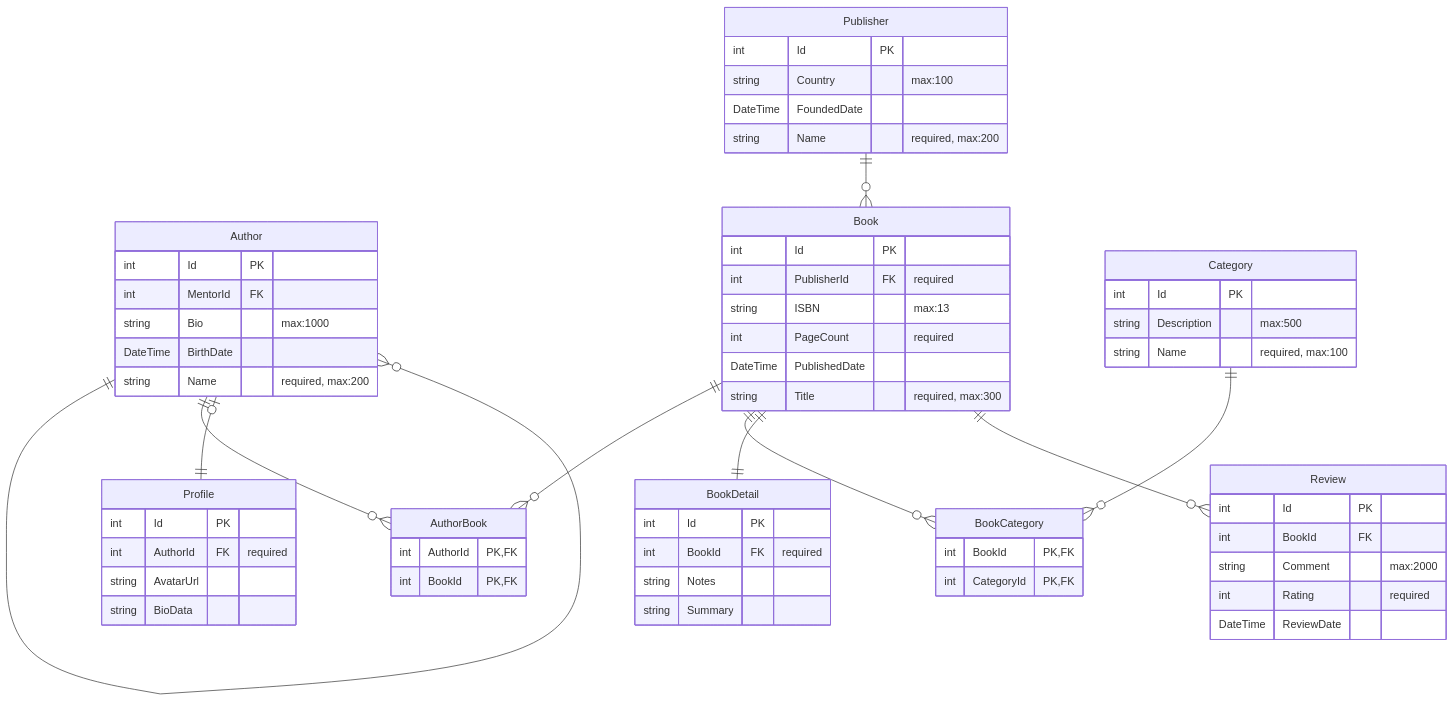
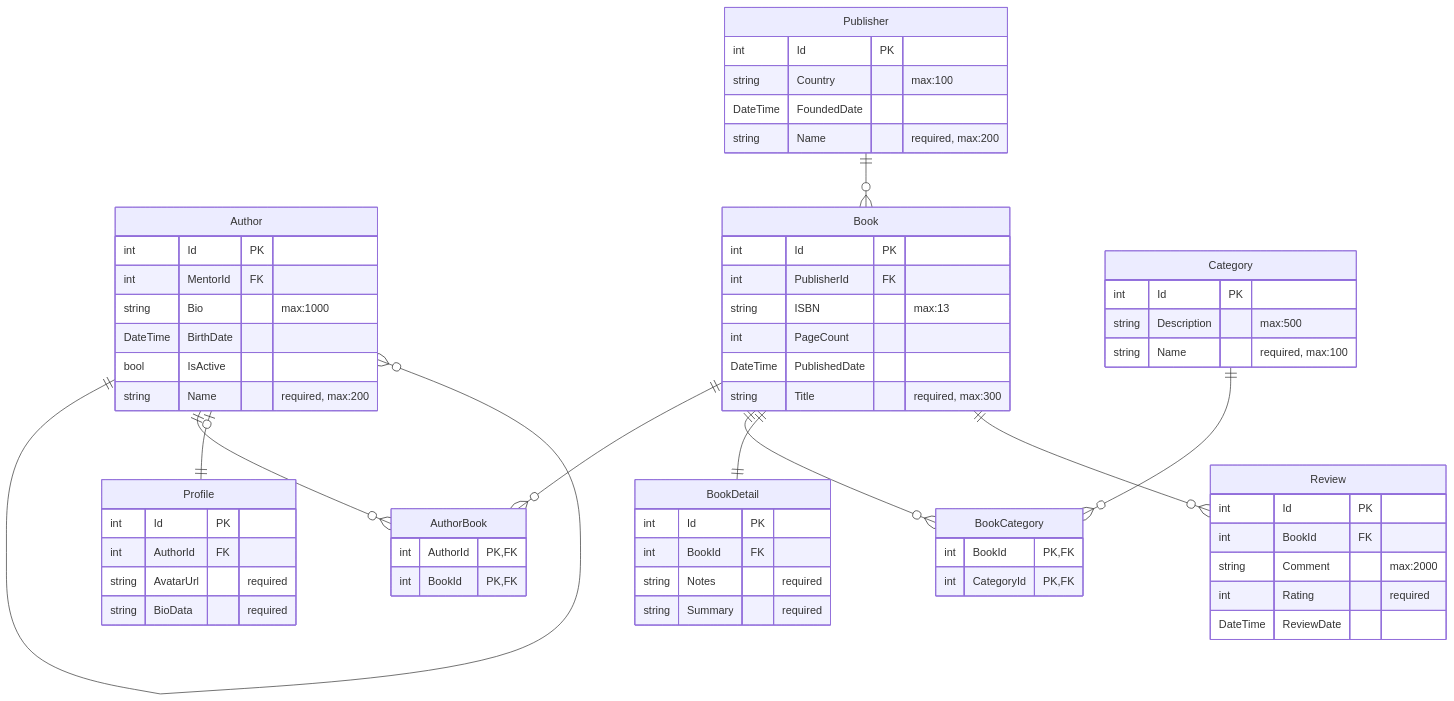
Before and after one commit to HandyS11/ProjGraph: the diagram in samples/erd/simple-context/README.md, drawn with Mermaid. The commit also changed 11 other files, not shown here.

````diff
--- a/samples/erd/simple-context/README.md
+++ b/samples/erd/simple-context/README.md
@@ -43,65 +43,66 @@
 ```mermaid
 erDiagram
   Author {
     int Id PK
     int MentorId FK
     string Bio "max:1000"
     DateTime BirthDate
+    bool IsActive
     string Name "required, max:200"
   }
   AuthorBook {
     int AuthorId PK,FK
     int BookId PK,FK
   }
   Book {
     int Id PK
-    int PublisherId FK "required"
+    int PublisherId FK
     string ISBN "max:13"
-    int PageCount "required"
+    int PageCount
     DateTime PublishedDate
     string Title "required, max:300"
   }
   BookCategory {
     int BookId PK,FK
     int CategoryId PK,FK
   }
   BookDetail {
     int Id PK
-    int BookId FK "required"
-    string Notes
-    string Summary
+    int BookId FK
+    string Notes "required"
+    string Summary "required"
   }
   Category {
     int Id PK
     string Description "max:500"
     string Name "required, max:100"
   }
   Profile {
     int Id PK
-    int AuthorId FK "required"
-    string AvatarUrl
-    string BioData
+    int AuthorId FK
+    string AvatarUrl "required"
+    string BioData "required"
   }
   Publisher {
     int Id PK
     string Country "max:100"
     DateTime FoundedDate
     string Name "required, max:200"
   }
   Review {
     int Id PK
     int BookId FK
     string Comment "max:2000"
     int Rating "required"
     DateTime ReviewDate
   }
   Author ||--o{ Author : ""
   Author ||--o{ AuthorBook : ""
   Author |o--|| Profile : ""
   Book ||--o{ AuthorBook : ""
   Book ||--o{ BookCategory : ""
   Book ||--|| BookDetail : ""
   Book ||--o{ Review : ""
   Category ||--o{ BookCategory : ""
   Publisher ||--o{ Book : ""
 ```
````
